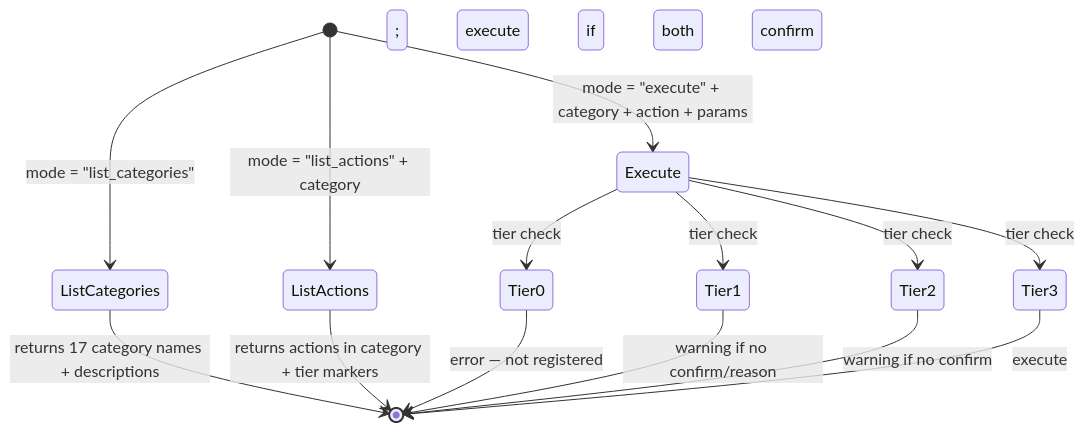
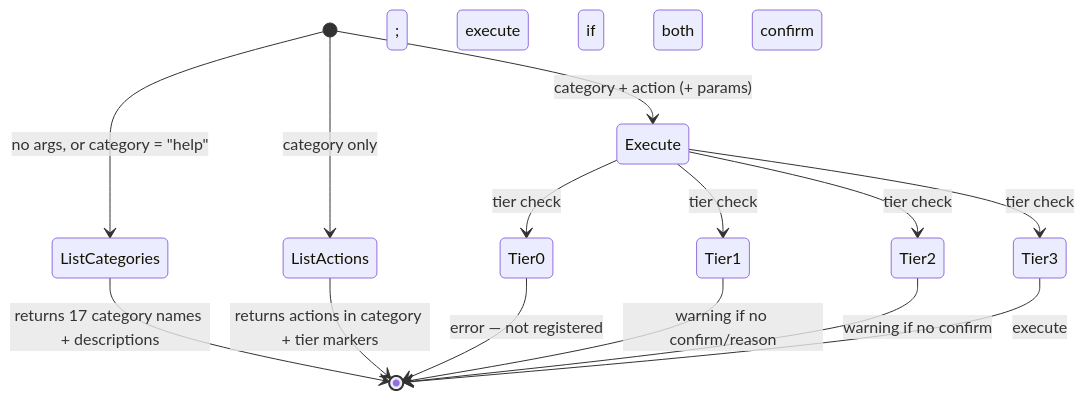
One commit to staticrevolution-com/sr-truenas-mcp changed the second of 5 diagrams in docs/ARCHITECTURE.md. Above: the diagram before and after it, drawn with Mermaid. The commit also changed other lines of this file and 16 other files, not shown here.

````diff
--- a/docs/ARCHITECTURE.md
+++ b/docs/ARCHITECTURE.md
@@ -186,17 +188,17 @@
 ```mermaid
 stateDiagram-v2
-    [*] --> ListCategories: mode = "list_categories"
-    [*] --> ListActions: mode = "list_actions" + category
-    [*] --> Execute: mode = "execute" + category + action + params
+    [*] --> ListCategories: no args, or category = "help"
+    [*] --> ListActions: category only
+    [*] --> Execute: category + action (+ params)
 
     ListCategories --> [*]: returns 17 category names + descriptions
     ListActions --> [*]: returns actions in category + tier markers
     Execute --> Tier0: tier check
     Tier0 --> [*]: error — not registered
     Execute --> Tier1: tier check
     Tier1 --> [*]: warning if no confirm/reason; execute if both
     Execute --> Tier2: tier check
     Tier2 --> [*]: warning if no confirm; execute if confirm
     Execute --> Tier3: tier check
     Tier3 --> [*]: execute
 ```
````
